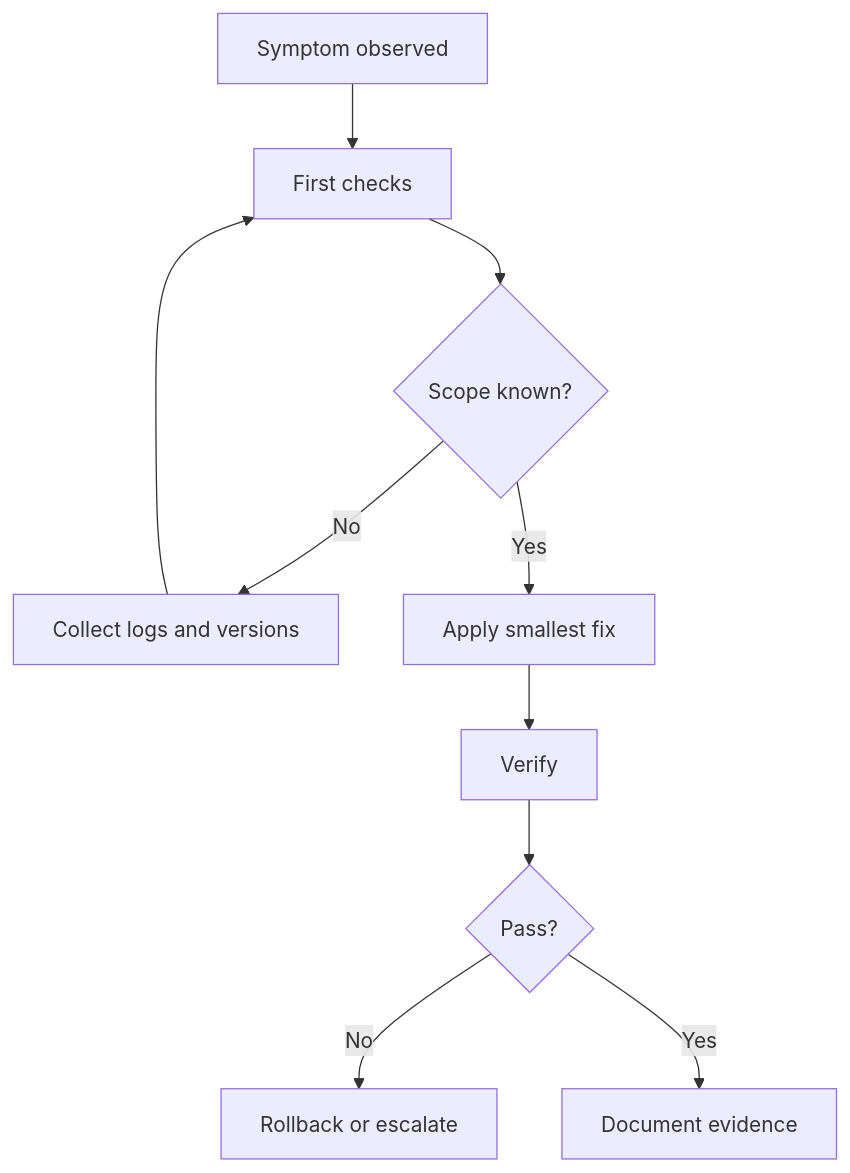
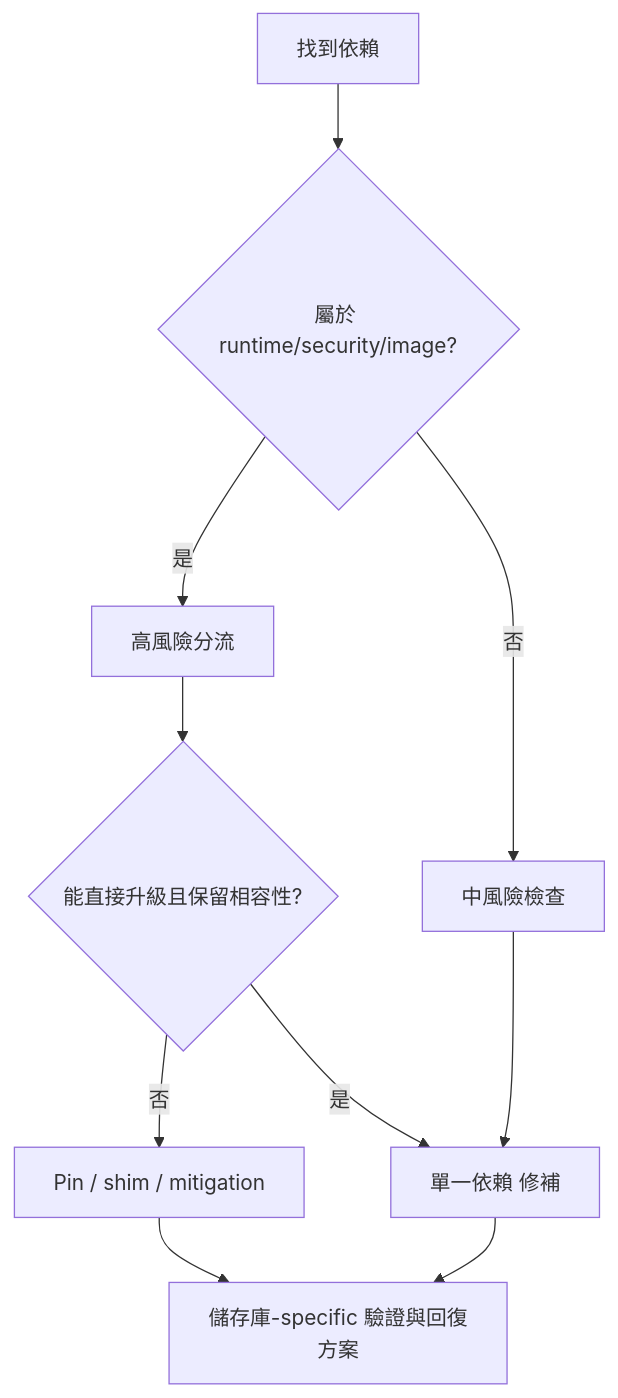
Before and after one commit to chen21019/cattle-handbook: the diagram in docs-site/src/content/docs/runbooks/dependency-upgrade.md, drawn with Mermaid. The commit also changed other lines of this file and 201 other files, not shown here.

````diff
--- a/docs-site/src/content/docs/runbooks/dependency-upgrade.md
+++ b/docs-site/src/content/docs/runbooks/dependency-upgrade.md
@@ -78,12 +76,12 @@
 ```mermaid
 flowchart TD
-  A[Symptom observed] --> B[First checks]
-  B --> C{Scope known?}
-  C -- No --> D[Collect logs and versions]
-  C -- Yes --> E[Apply smallest fix]
-  D --> B
-  E --> F[Verify]
-  F --> G{Pass?}
-  G -- No --> H[Rollback or escalate]
-  G -- Yes --> I[Document evidence]
+  A[找到依賴] --> B{屬於 runtime/security/image?}
+  B -- 是 --> C[高風險分流]
+  B -- 否 --> D[中風險檢查]
+  C --> E{能直接升級且保留相容性?}
+  E -- 否 --> F[Pin / shim / mitigation]
+  E -- 是 --> G[單一依賴 修補]
+  D --> G
+  F --> H[儲存庫-specific 驗證與回復方案]
+  G --> H
 ```
````
